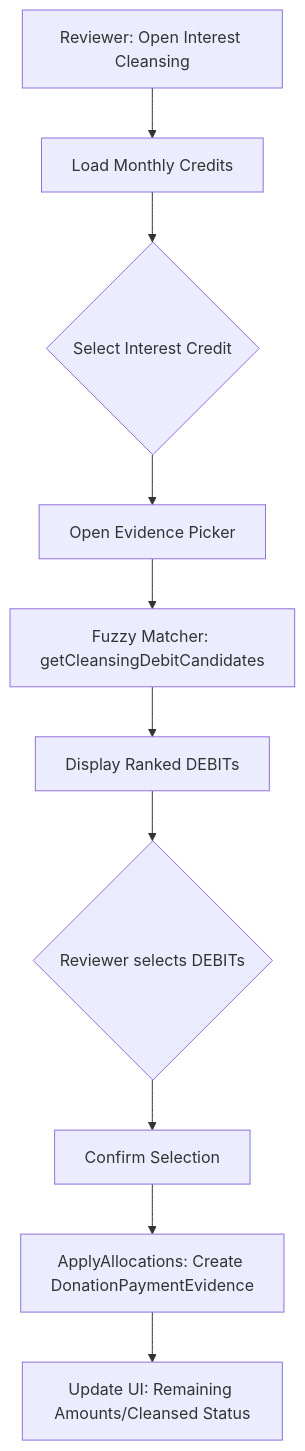
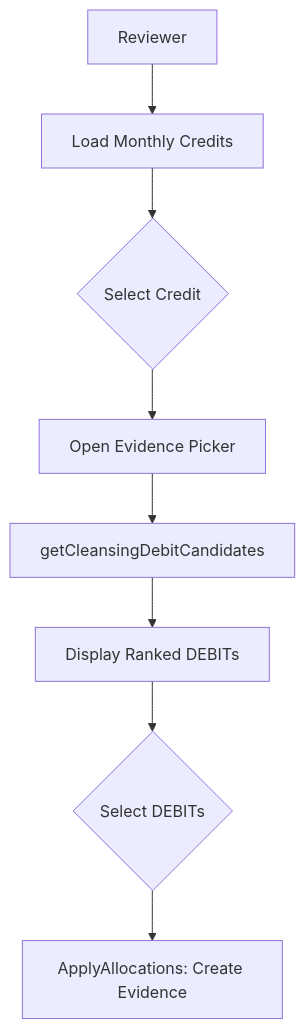
Before and after one commit to ab1303/my-financials-nextjs: the diagram in spec/cashflow/interest/hld.md, drawn with Mermaid. The commit also changed other lines of this file and 10 other files, not shown here.

First line of the commit message:
Refactor interest cleansing documentation and service logic

````diff
--- a/spec/cashflow/interest/hld.md
+++ b/spec/cashflow/interest/hld.md
@@ -26,12 +12,10 @@
 ```mermaid
 graph TD
-    A[Reviewer: Open Interest Cleansing] --> B[Load Monthly Credits]
-    B --> C{Select Interest Credit}
+    A[Reviewer] --> B[Load Monthly Credits]
+    B --> C{Select Credit}
     C --> D[Open Evidence Picker]
-    D --> E[Fuzzy Matcher: getCleansingDebitCandidates]
+    D --> E[getCleansingDebitCandidates]
     E --> F[Display Ranked DEBITs]
-    F --> G{Reviewer selects DEBITs}
-    G --> H[Confirm Selection]
-    H --> I[ApplyAllocations: Create DonationPaymentEvidence]
-    I --> J[Update UI: Remaining Amounts/Cleansed Status]
+    F --> G{Select DEBITs}
+    G --> H[ApplyAllocations: Create Evidence]
 ```
````
